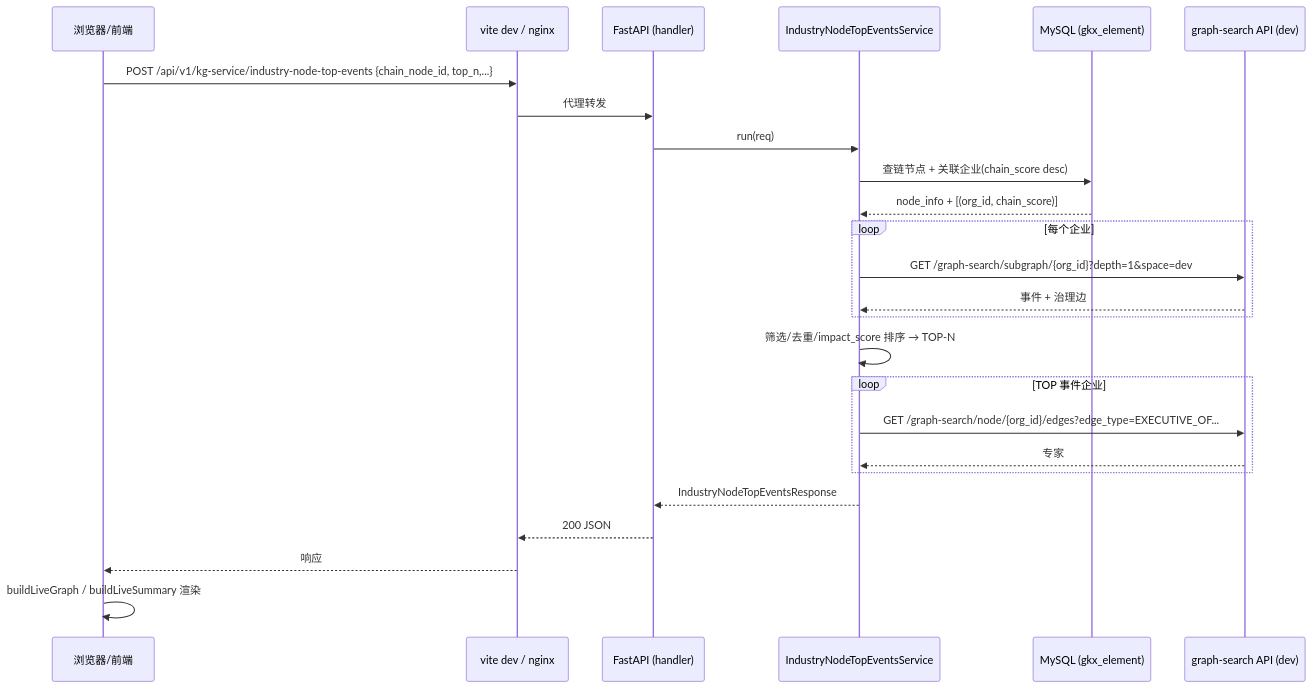
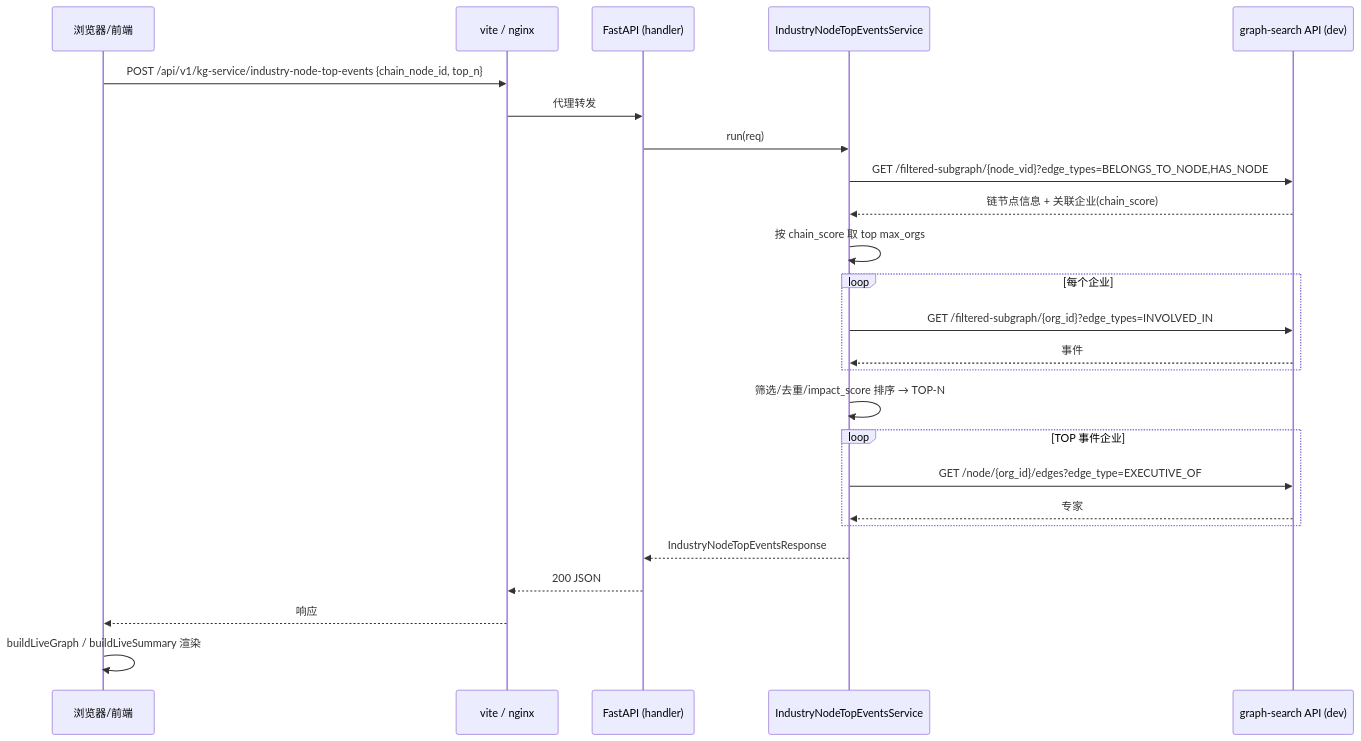
One commit to Marisolebxf/tech-kg-api changed the third of 3 diagrams in docs/business-service-key-enterprise-and-topn-events.md. Above: the diagram before and after it, drawn with Mermaid. The commit also changed other lines of this file, not shown here.

First line of the commit message:
docs: 更新业务实现文档（filtered-subgraph + TOP-N 去 MySQL + vid 更新）

````diff
--- a/docs/business-service-key-enterprise-and-topn-events.md
+++ b/docs/business-service-key-enterprise-and-topn-events.md
@@ -151,28 +146,28 @@
 ```mermaid
 sequenceDiagram
     participant U as 浏览器/前端
-    participant V as vite dev / nginx
+    participant V as vite / nginx
     participant API as FastAPI (handler)
     participant SVC as IndustryNodeTopEventsService
-    participant DB as MySQL (gkx_element)
     participant GS as graph-search API (dev)
 
-    U->>V: POST /api/v1/kg-service/industry-node-top-events {chain_node_id, top_n,...}
+    U->>V: POST /api/v1/kg-service/industry-node-top-events {chain_node_id, top_n}
     V->>API: 代理转发
     API->>SVC: run(req)
-    SVC->>DB: 查链节点 + 关联企业(chain_score desc)
-    DB-->>SVC: node_info + [(org_id, chain_score)]
+    SVC->>GS: GET /filtered-subgraph/{node_vid}?edge_types=BELONGS_TO_NODE,HAS_NODE
+    GS-->>SVC: 链节点信息 + 关联企业(chain_score)
+    SVC->>SVC: 按 chain_score 取 top max_orgs
     loop 每个企业
-        SVC->>GS: GET /graph-search/subgraph/{org_id}?depth=1&space=dev
-        GS-->>SVC: 事件 + 治理边
+        SVC->>GS: GET /filtered-subgraph/{org_id}?edge_types=INVOLVED_IN
+        GS-->>SVC: 事件
     end
     SVC->>SVC: 筛选/去重/impact_score 排序 → TOP-N
     loop TOP 事件企业
-        SVC->>GS: GET /graph-search/node/{org_id}/edges?edge_type=EXECUTIVE_OF...
+        SVC->>GS: GET /node/{org_id}/edges?edge_type=EXECUTIVE_OF
         GS-->>SVC: 专家
     end
     SVC-->>API: IndustryNodeTopEventsResponse
     API-->>V: 200 JSON
     V-->>U: 响应
     U->>U: buildLiveGraph / buildLiveSummary 渲染
 ```
````
